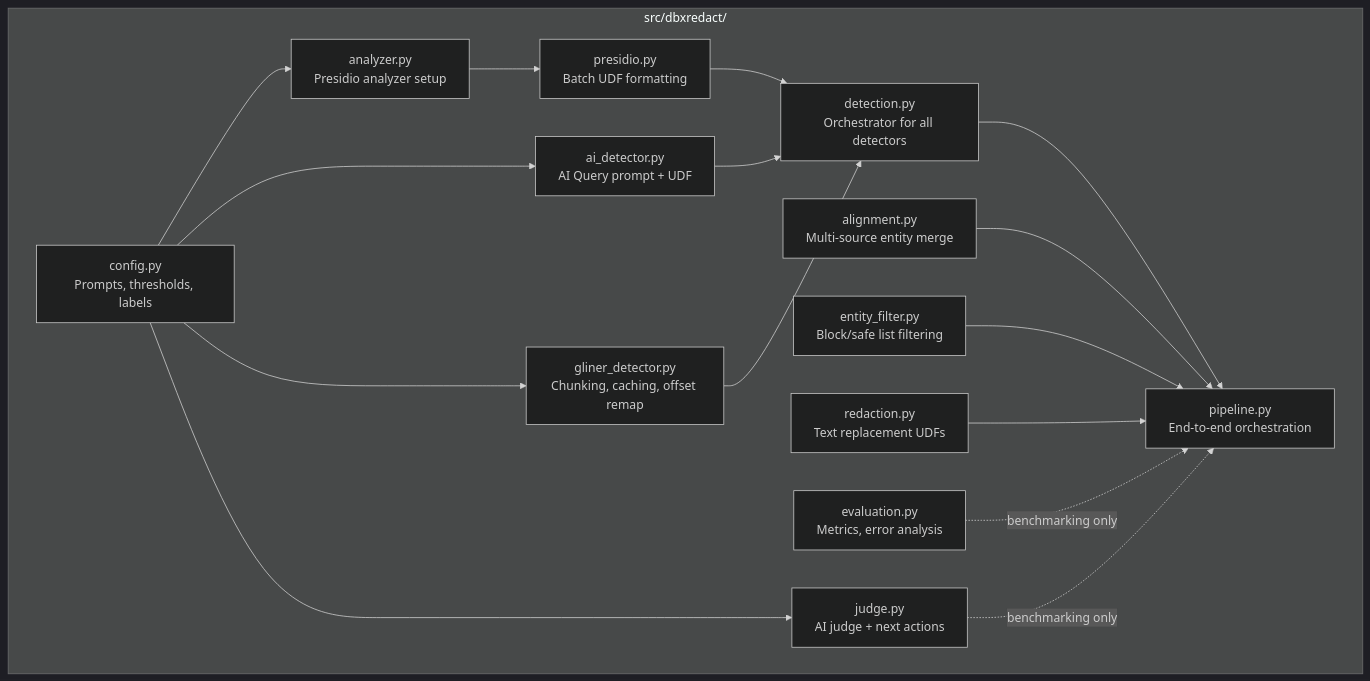
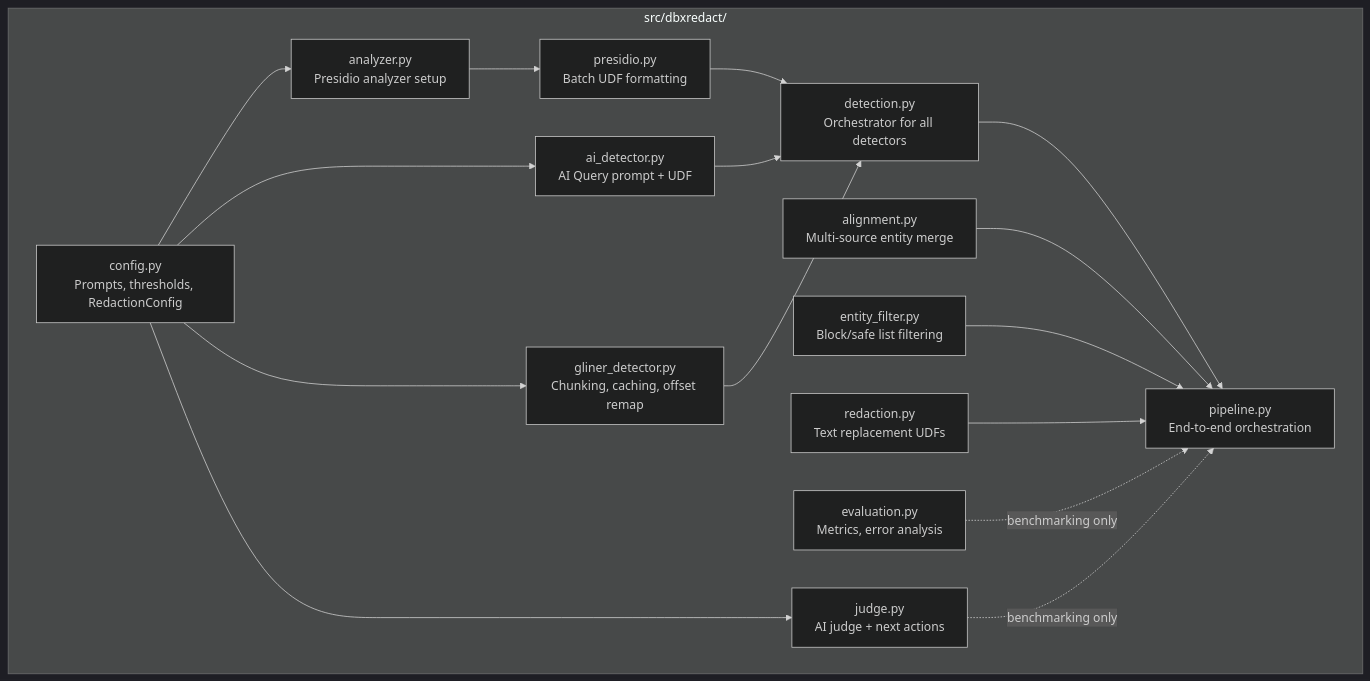
The third of 4 diagrams in README.md (databricks-industry-solutions/dbxredact), drawn with Mermaid (dark theme) before and after one commit. The commit also changed other lines of this file and 13 other files, not shown here.

````diff
--- a/README.md
+++ b/README.md
@@ -222,27 +235,27 @@
 ```mermaid
 flowchart TB
     subgraph lib["src/dbxredact/"]
-        config["config.py\nPrompts, thresholds, labels"]
+        config["config.py\nPrompts, thresholds, RedactionConfig"]
         analyzer["analyzer.py\nPresidio analyzer setup"]
         presidio["presidio.py\nBatch UDF formatting"]
         ai_det["ai_detector.py\nAI Query prompt + UDF"]
         gliner_det["gliner_detector.py\nChunking, caching, offset remap"]
         detection["detection.py\nOrchestrator for all detectors"]
         alignment["alignment.py\nMulti-source entity merge"]
         entity_filter["entity_filter.py\nBlock/safe list filtering"]
         redaction["redaction.py\nText replacement UDFs"]
         evaluation["evaluation.py\nMetrics, error analysis"]
         judge["judge.py\nAI judge + next actions"]
         pipeline["pipeline.py\nEnd-to-end orchestration"]
     end
 
     config --> analyzer & ai_det & gliner_det & judge
     analyzer --> presidio
     presidio & ai_det & gliner_det --> detection
     detection --> pipeline
     alignment --> pipeline
     entity_filter --> pipeline
     redaction --> pipeline
     evaluation -.->|"benchmarking only"| pipeline
     judge -.->|"benchmarking only"| pipeline
 ```
````
